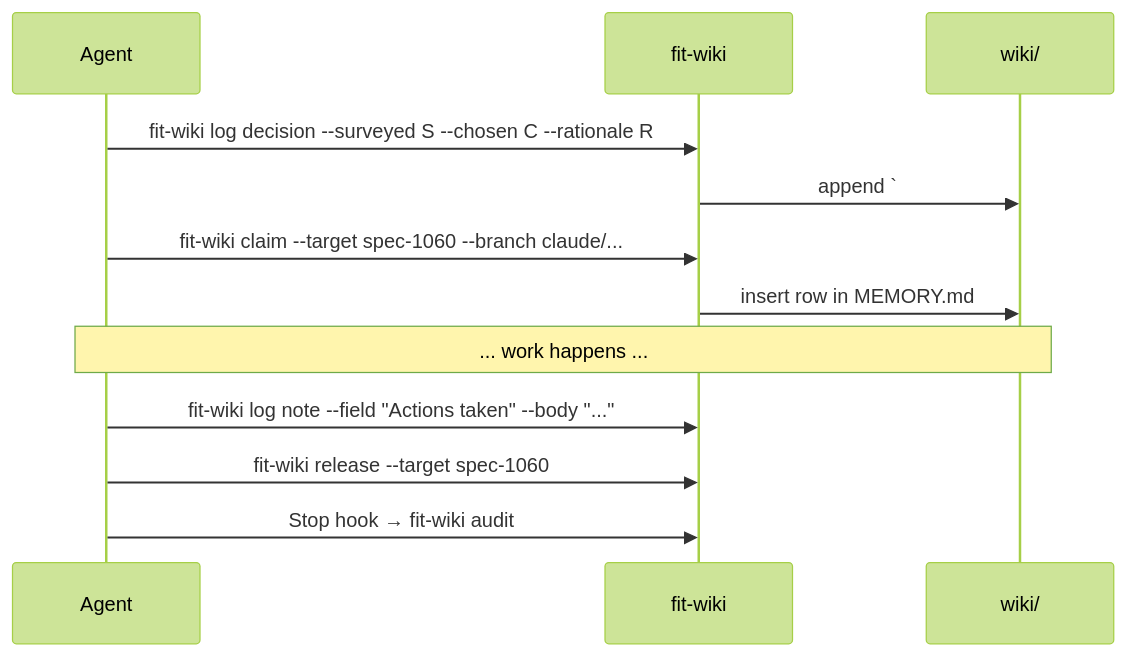
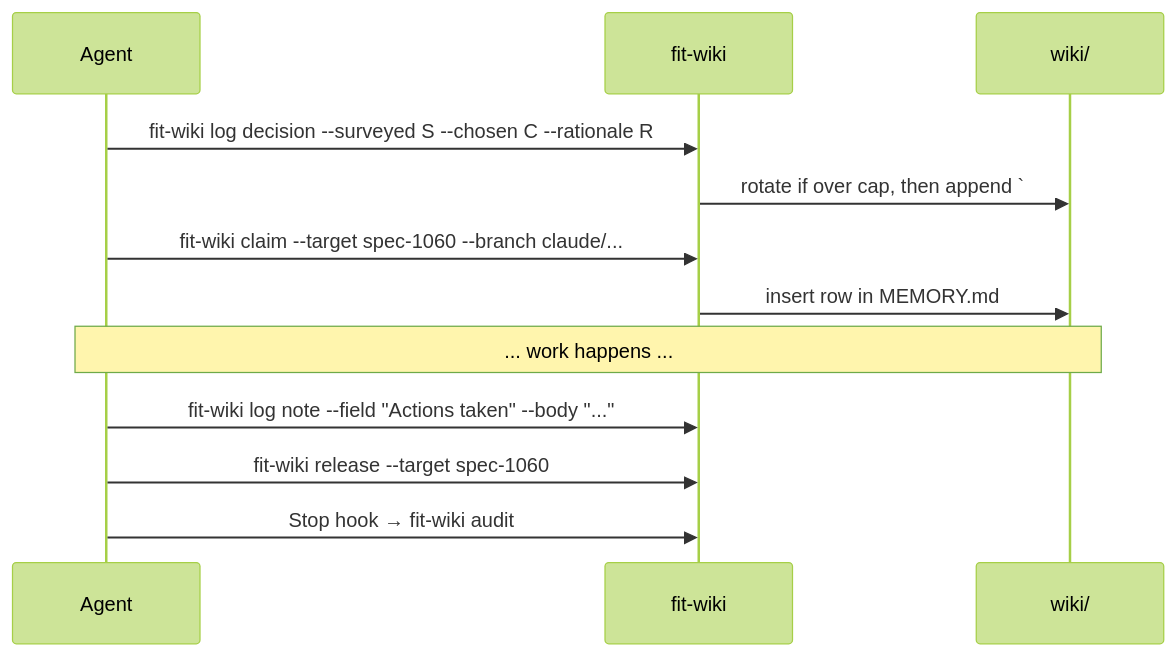
Before and after one commit to forwardimpact/pathway: the third of 3 diagrams in specs/1060-memory-protocol-redesign/design-a.md, drawn with Mermaid (forest theme). The commit also changed other lines of this file, not shown here.

````diff
--- a/specs/1060-memory-protocol-redesign/design-a.md
+++ b/specs/1060-memory-protocol-redesign/design-a.md
@@ -69,14 +84,14 @@
 ```mermaid
 sequenceDiagram
   participant A as Agent
   participant CLI as fit-wiki
   participant FS as wiki/
   A->>CLI: fit-wiki log decision --surveyed S --chosen C --rationale R
-  CLI->>FS: append `## YYYY-MM-DD` + `### Decision` block (rotate if cap hit)
+  CLI->>FS: rotate if over cap, then append `## YYYY-MM-DD` + `### Decision`
   A->>CLI: fit-wiki claim --target spec-1060 --branch claude/...
   CLI->>FS: insert row in MEMORY.md ## Active Claims
   Note over A,FS: ... work happens ...
   A->>CLI: fit-wiki log note --field "Actions taken" --body "..."
   A->>CLI: fit-wiki release --target spec-1060
   A->>CLI: Stop hook → fit-wiki audit
 ```
````
